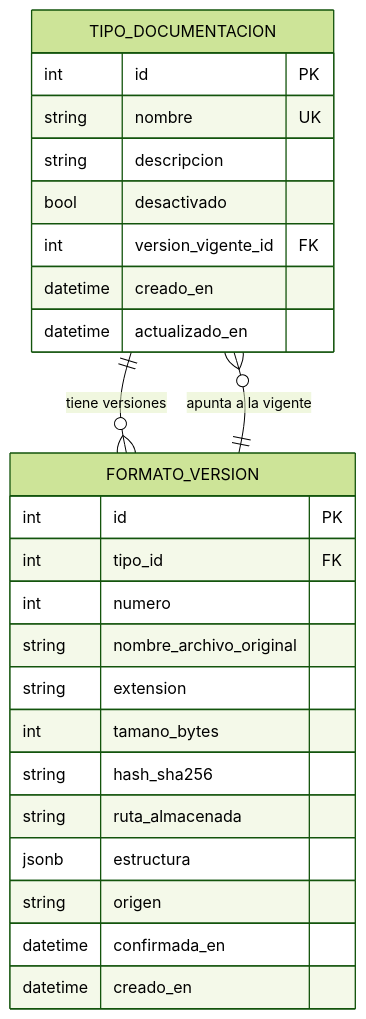
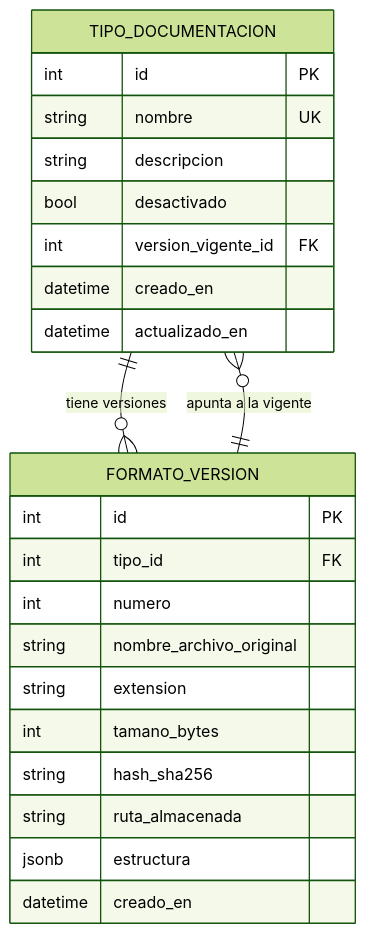
Before and after one commit to dmoreno-d10a/VIDA: the first of 2 diagrams in specs/002-tipos-de-documentacion/data-model.md, drawn with Mermaid (forest theme). The commit also changed other lines of this file and 7 other files, not shown here.

````diff
--- a/specs/002-tipos-de-documentacion/data-model.md
+++ b/specs/002-tipos-de-documentacion/data-model.md
@@ -13,30 +13,28 @@
 ```mermaid
 erDiagram
     TIPO_DOCUMENTACION ||--o{ FORMATO_VERSION : "tiene versiones"
     TIPO_DOCUMENTACION }o--|| FORMATO_VERSION : "apunta a la vigente"
 
     TIPO_DOCUMENTACION {
         int id PK
         string nombre UK
         string descripcion
         bool desactivado
         int version_vigente_id FK
         datetime creado_en
         datetime actualizado_en
     }
 
     FORMATO_VERSION {
         int id PK
         int tipo_id FK
         int numero
         string nombre_archivo_original
         string extension
         int tamano_bytes
         string hash_sha256
         string ruta_almacenada
         jsonb estructura
-        string origen
-        datetime confirmada_en
         datetime creado_en
     }
 ```
````
